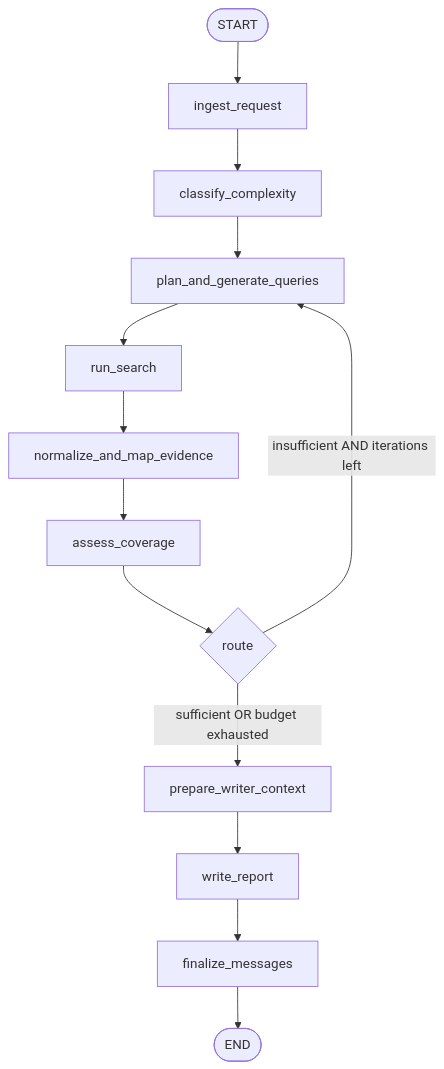
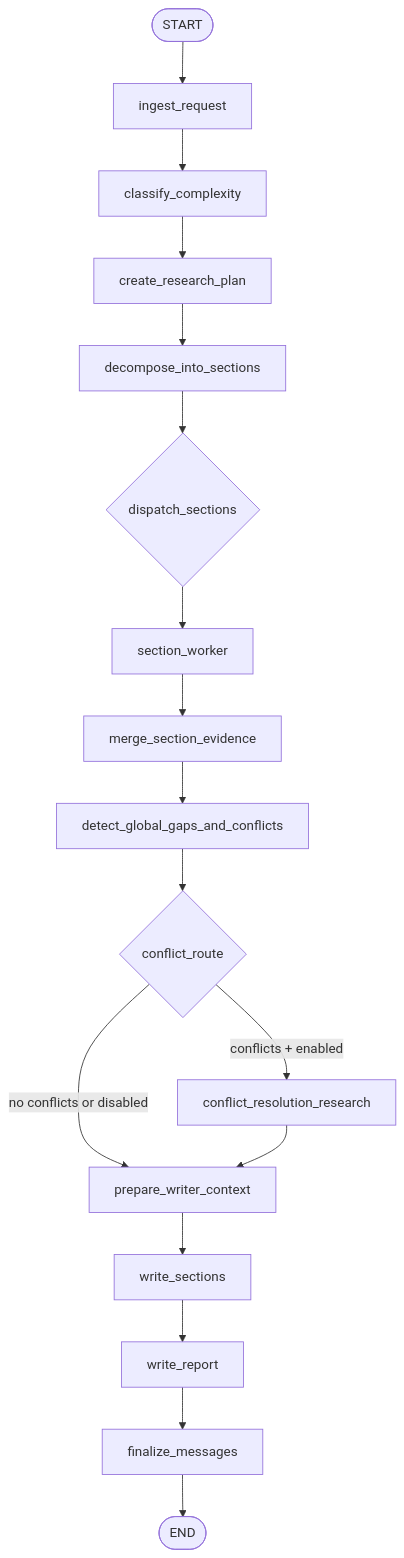
One commit to SohamShitole/langchain-assessment changed the first of 2 diagrams in README.md. Above: the diagram before and after it, drawn with Mermaid. The commit also changed other lines of this file and 66 other files, not shown here.

````diff
--- a/README.md
+++ b/README.md
@@ -91,15 +159,19 @@
 ```mermaid
 flowchart TD
     Start([START]) --> ingest_request
     ingest_request --> classify_complexity
-    classify_complexity --> plan_and_generate_queries
-    plan_and_generate_queries --> run_search
-    run_search --> normalize_and_map_evidence
-    normalize_and_map_evidence --> assess_coverage
-    assess_coverage --> route{"route"}
-    route -->|sufficient OR budget exhausted| prepare_writer_context
-    route -->|insufficient AND iterations left| plan_and_generate_queries
-    prepare_writer_context --> write_report
+    classify_complexity --> create_research_plan
+    create_research_plan --> decompose_into_sections
+    decompose_into_sections --> dispatch_sections{dispatch_sections}
+    dispatch_sections --> section_worker[section_worker]
+    section_worker --> merge_section_evidence
+    merge_section_evidence --> detect_global_gaps_and_conflicts
+    detect_global_gaps_and_conflicts --> conflict_route{conflict_route}
+    conflict_route -->|conflicts + enabled| conflict_resolution_research
+    conflict_route -->|no conflicts or disabled| prepare_writer_context
+    conflict_resolution_research --> prepare_writer_context
+    prepare_writer_context --> write_sections
+    write_sections --> write_report
     write_report --> finalize_messages
-    finalize_messages --> endNode([END])
+    finalize_messages --> End([END])
 ```
````
